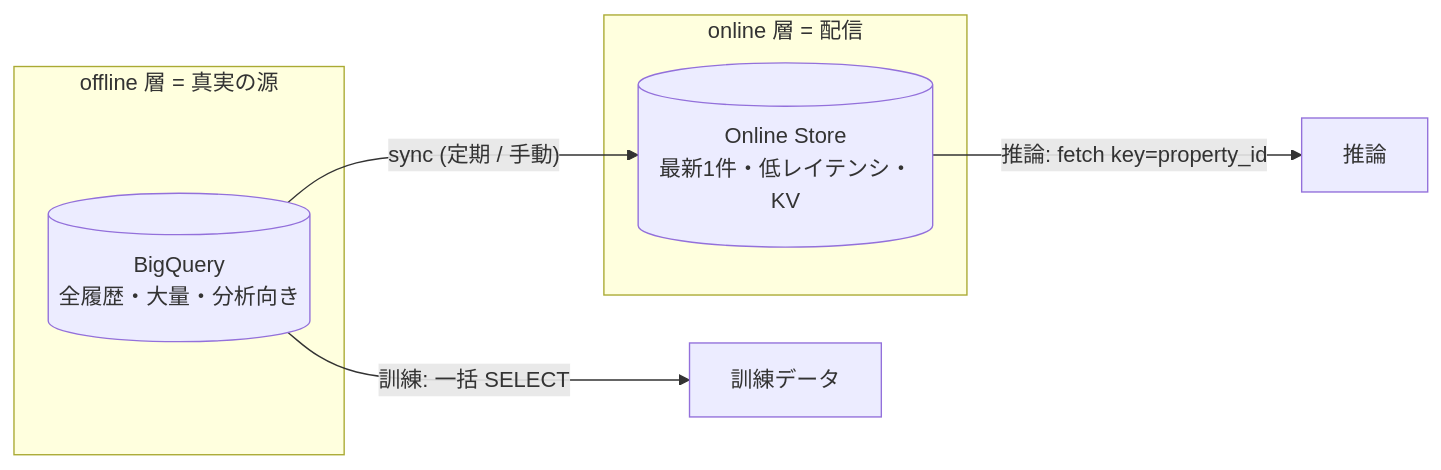
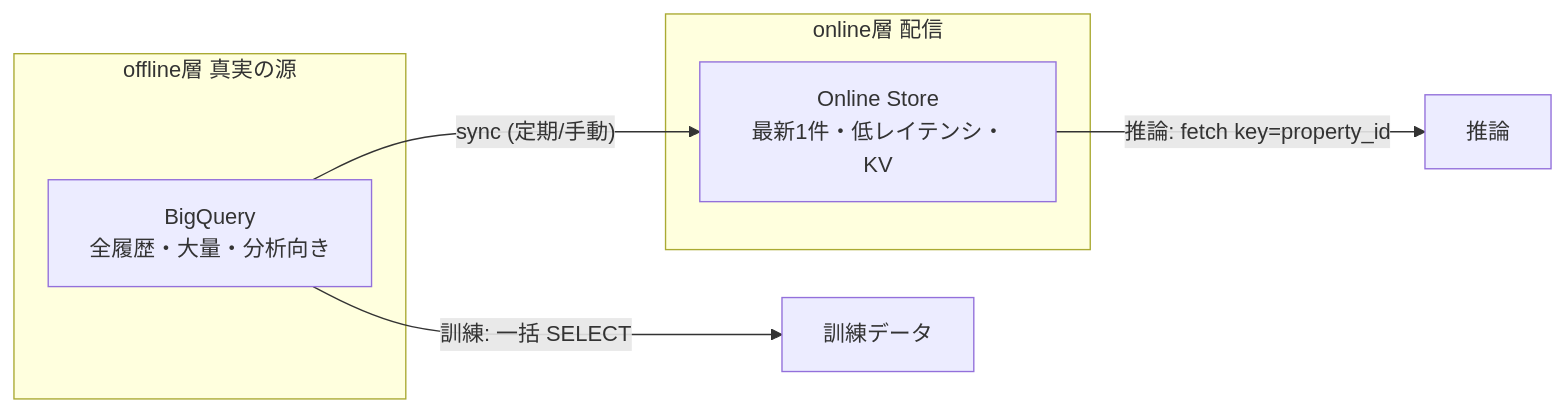
The fifth of 10 diagrams in docs/Feature-store入門.md (kurosawa-kuro/study-gcp-feature-store), drawn with Mermaid before and after one commit. The commit also changed other lines of this file and 6 other files, not shown here.

````diff
--- a/docs/Feature-store入門.md
+++ b/docs/Feature-store入門.md
@@ -132,12 +125,12 @@
 ```mermaid
-flowchart LR
-    subgraph OFF["offline 層 = 真実の源"]
-        BQ[("BigQuery<br/>全履歴・大量・分析向き")]
+graph LR
+    subgraph offline層 真実の源
+        BQ["BigQuery<br/>全履歴・大量・分析向き"]
     end
-    subgraph ON["online 層 = 配信"]
-        OS[("Online Store<br/>最新1件・低レイテンシ・KV")]
+    subgraph online層 配信
+        OS["Online Store<br/>最新1件・低レイテンシ・KV"]
     end
-    BQ -->|"sync (定期 / 手動)"| OS
+    BQ -->|"sync (定期/手動)"| OS
     BQ -->|"訓練: 一括 SELECT"| TRAIN["訓練データ"]
     OS -->|"推論: fetch key=property_id"| SERVE["推論"]
 ```
````
